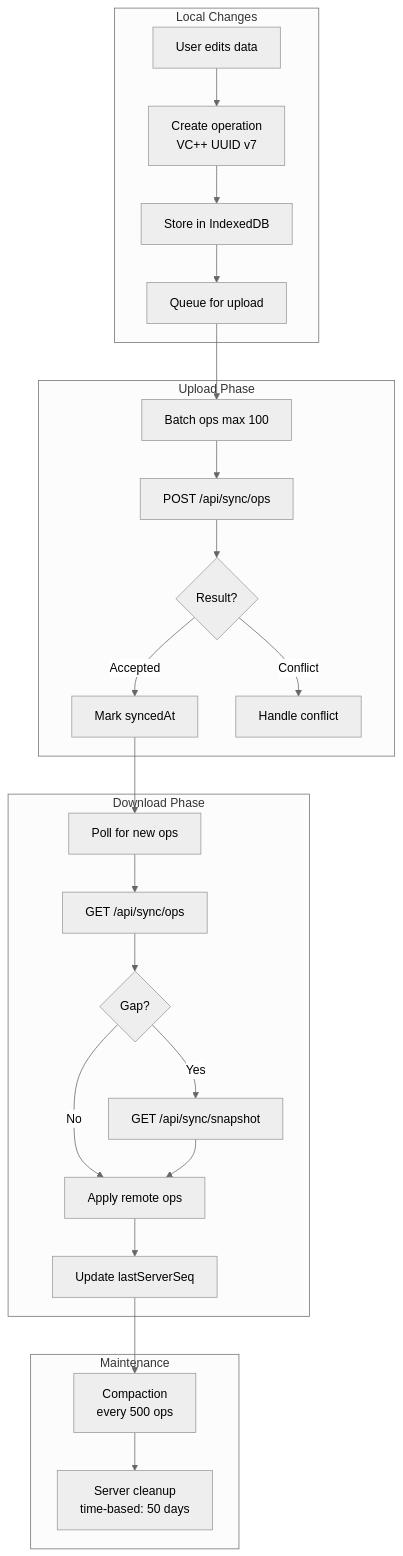
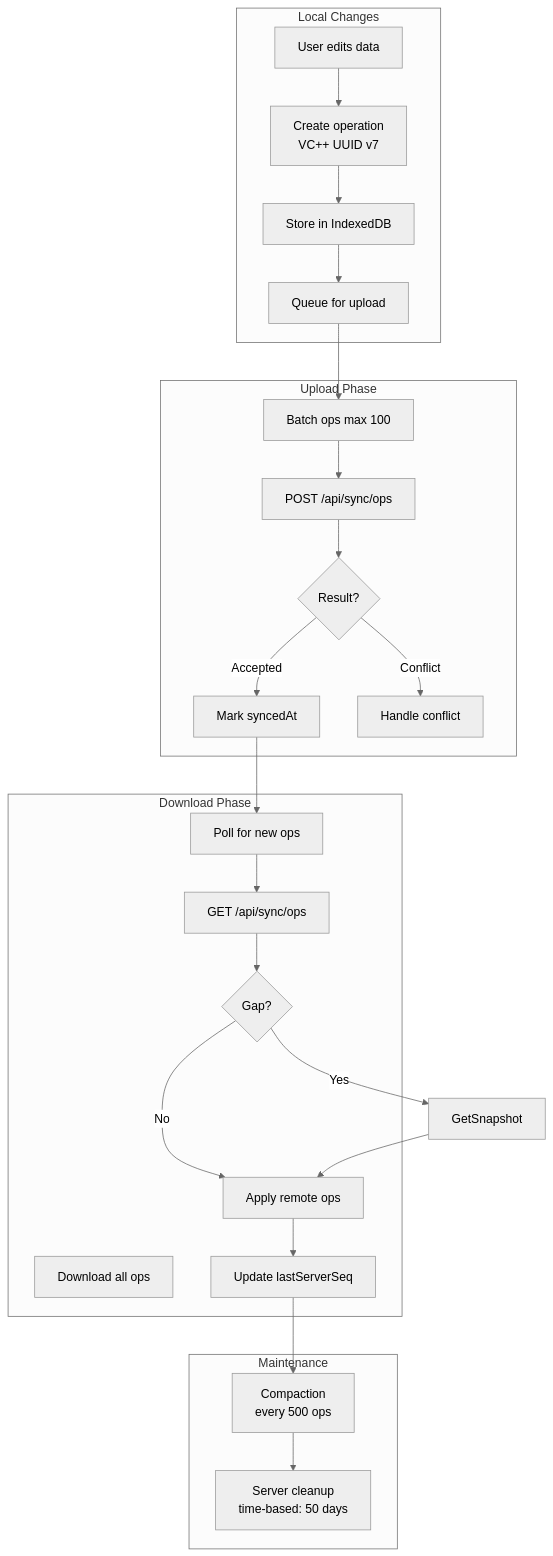
Before and after one commit to Swastik023/offline-productivity-desktop: diagram 27 of 28 in packages/super-sync-server/sync-server-architecture-diagrams.md, drawn with Mermaid (neutral theme). The commit also changed other lines of this file and 10 other files, not shown here.

First line of the commit message:
refactor: retire GET /api/sync/snapshot, re-scope GET /api/sync/status as diagnostic (#8496)

````diff
--- a/packages/super-sync-server/sync-server-architecture-diagrams.md
+++ b/packages/super-sync-server/sync-server-architecture-diagrams.md
@@ -929,51 +902,51 @@
 ```mermaid
 flowchart TB
     subgraph LocalChanges["Local Changes"]
         UserEdit[User edits data]
         CreateOp[Create operation<br/>VC++ UUID v7]
         StoreLocal[Store in IndexedDB]
         QueueUpload[Queue for upload]
     end
 
     subgraph Upload["Upload Phase"]
         BatchOps["Batch ops max 100"]
         SendUpload[POST /api/sync/ops]
         HandleResult{Result?}
         MarkSynced[Mark syncedAt]
         HandleConflict[Handle conflict]
     end
 
     subgraph Download["Download Phase"]
         Poll[Poll for new ops]
         SendDownload[GET /api/sync/ops]
         CheckGap{Gap?}
-        GetSnapshot[GET /api/sync/snapshot]
+        DownloadAll[Download all ops]
         ApplyRemote[Apply remote ops]
         UpdateSeq[Update lastServerSeq]
     end
 
     subgraph Maintenance["Maintenance"]
         Compact[Compaction<br/>every 500 ops]
         Cleanup[Server cleanup<br/>time-based: 50 days]
     end
 
     UserEdit --> CreateOp
     CreateOp --> StoreLocal
     StoreLocal --> QueueUpload
     QueueUpload --> BatchOps
     BatchOps --> SendUpload
     SendUpload --> HandleResult
     HandleResult -->|Accepted| MarkSynced
     HandleResult -->|Conflict| HandleConflict
 
     MarkSynced --> Poll
     Poll --> SendDownload
     SendDownload --> CheckGap
     CheckGap -->|Yes| GetSnapshot
     CheckGap -->|No| ApplyRemote
     GetSnapshot --> ApplyRemote
     ApplyRemote --> UpdateSeq
 
     UpdateSeq --> Compact
     Compact --> Cleanup
 ```
````
